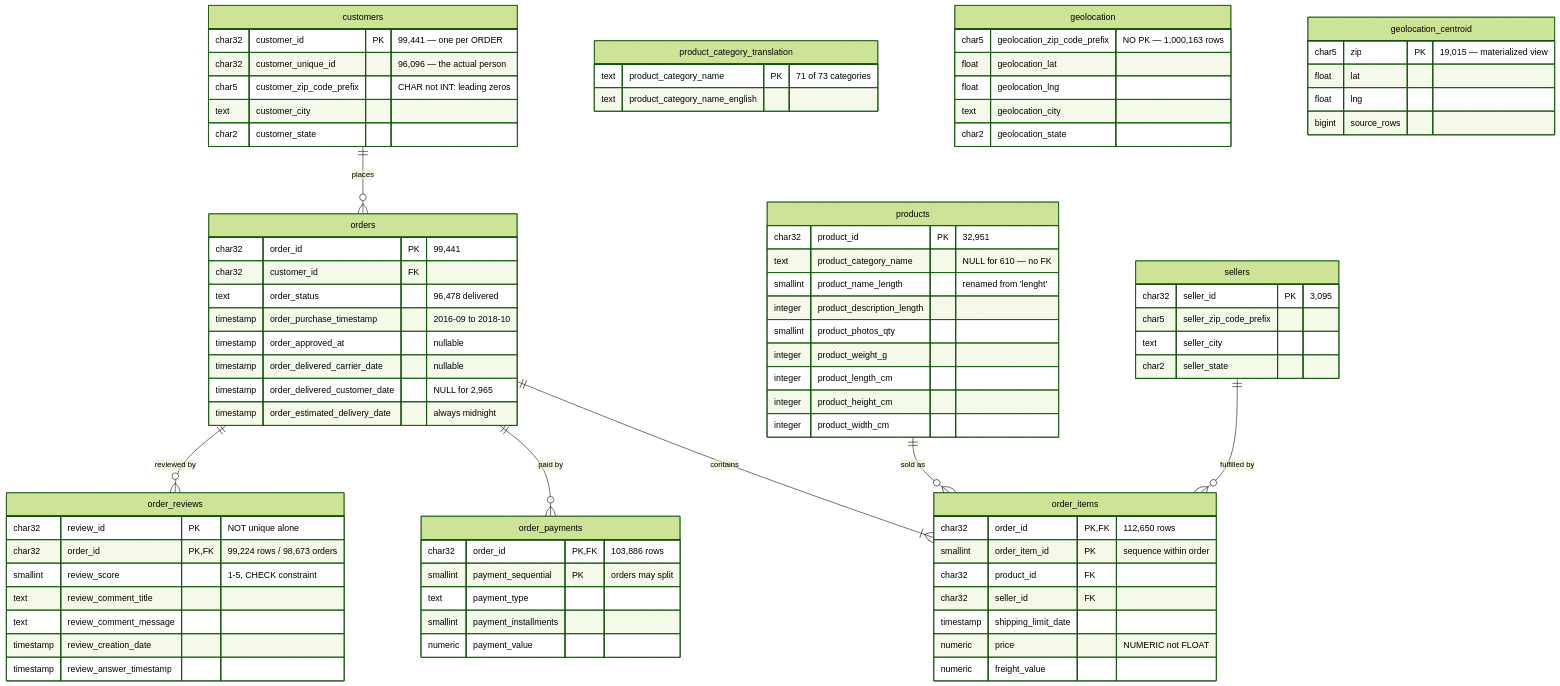
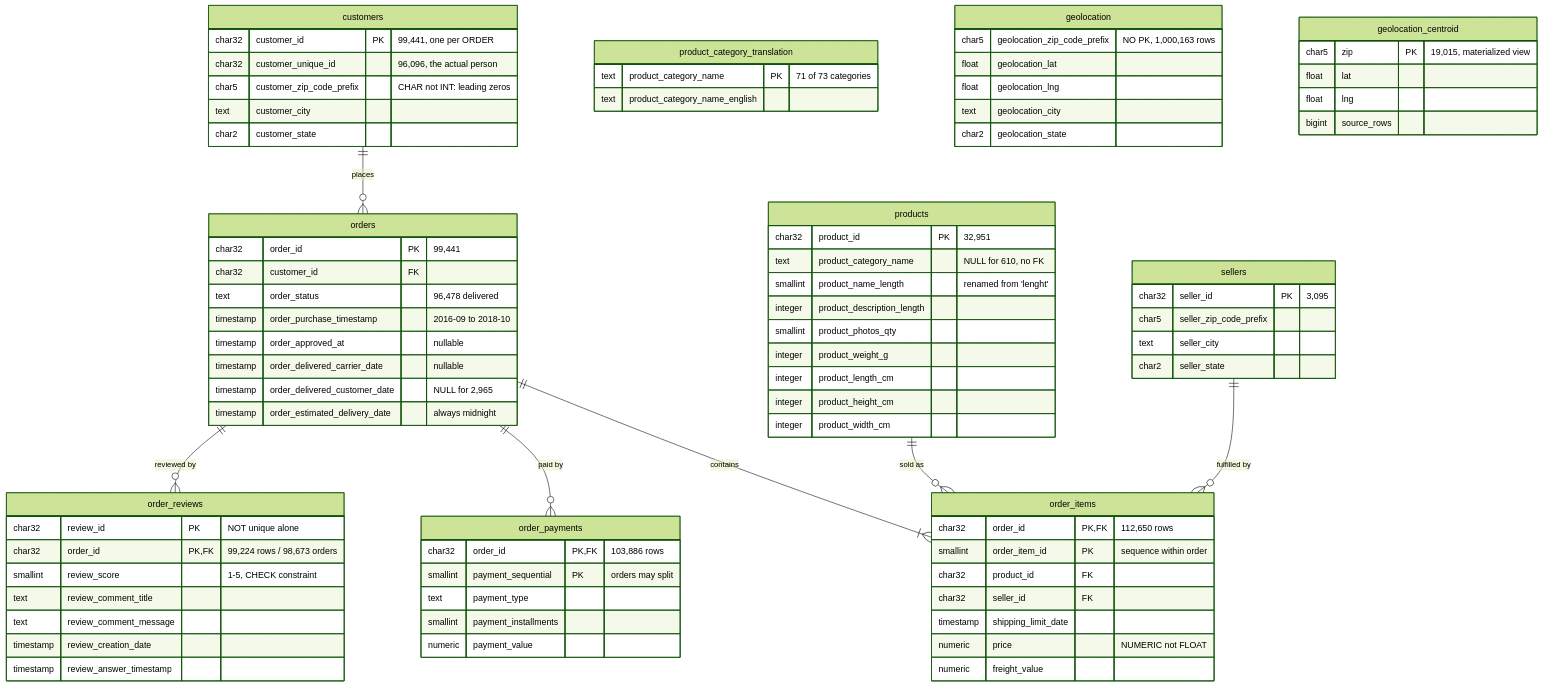
Before and after one commit to shreelasapkota/sql-sales-analytics: the diagram in docs/erd.md, drawn with Mermaid (forest theme). The commit also changed other lines of this file and 12 other files, not shown here.

```diff
--- a/docs/erd.md
+++ b/docs/erd.md
@@ -15,8 +15,8 @@
     sellers ||--o{ order_items : "fulfilled by"
 
     customers {
-        char32 customer_id PK "99,441 — one per ORDER"
-        char32 customer_unique_id "96,096 — the actual person"
+        char32 customer_id PK "99,441, one per ORDER"
+        char32 customer_unique_id "96,096, the actual person"
         char5 customer_zip_code_prefix "CHAR not INT: leading zeros"
         text customer_city
         char2 customer_state
@@ -63,7 +63,7 @@
 
     products {
         char32 product_id PK "32,951"
-        text product_category_name "NULL for 610 — no FK"
+        text product_category_name "NULL for 610, no FK"
         smallint product_name_length "renamed from 'lenght'"
         integer product_description_length
         smallint product_photos_qty
@@ -86,7 +86,7 @@
     }
 
     geolocation {
-        char5 geolocation_zip_code_prefix "NO PK — 1,000,163 rows"
+        char5 geolocation_zip_code_prefix "NO PK, 1,000,163 rows"
         float geolocation_lat
         float geolocation_lng
         text geolocation_city
@@ -94,7 +94,7 @@
     }
 
     geolocation_centroid {
-        char5 zip PK "19,015 — materialized view"
+        char5 zip PK "19,015, materialized view"
         float lat
         float lng
         bigint source_rows
```
